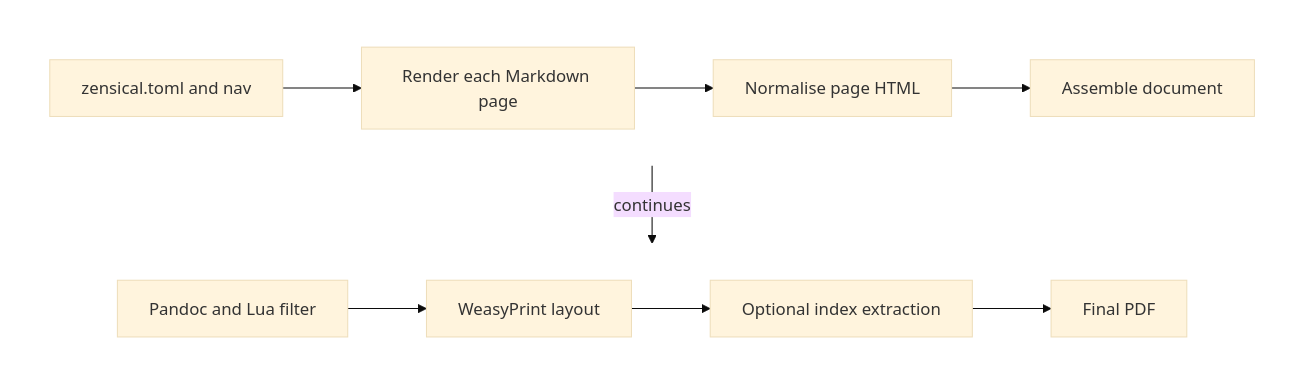
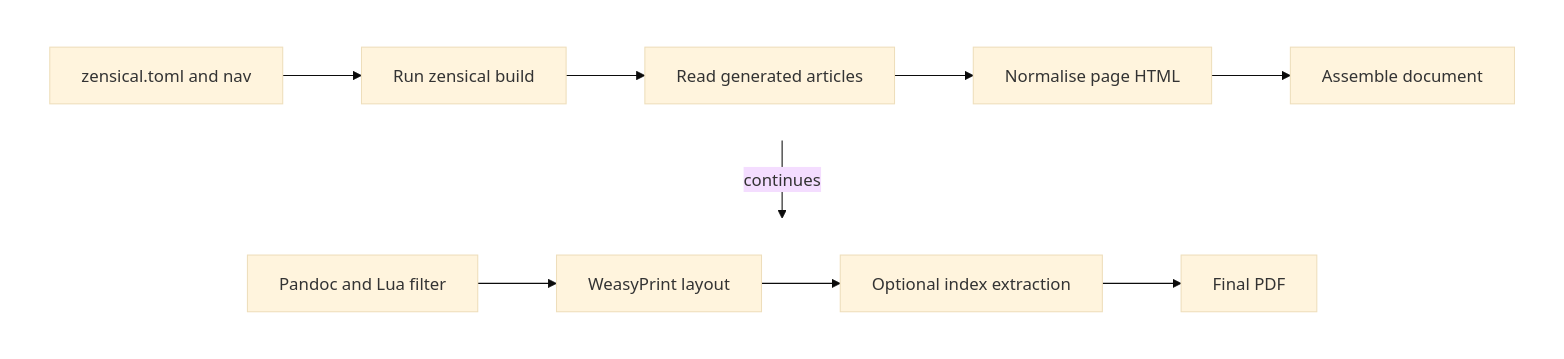
Before and after one commit to buckwem/prodockit-extensions: the diagram in docs/devcons/pdf-internals.md, drawn with Mermaid (base theme). The commit also changed other lines of this file and 80 other files, not shown here.

````diff
--- a/docs/devcons/pdf-internals.md
+++ b/docs/devcons/pdf-internals.md
@@ -12,21 +14,22 @@
 ```mermaid
 flowchart TB
     subgraph row1[" "]
         direction LR
-        config[zensical.toml and nav] --> render[Render each Markdown page]
-        render --> fixup[Normalise page HTML]
+        config[zensical.toml and nav] --> render[Run zensical build]
+        render --> extract[Read generated articles]
+        extract --> fixup[Normalise page HTML]
         fixup --> assemble[Assemble document]
     end
 
     subgraph row2[" "]
         direction LR
         pandoc[Pandoc and Lua filter] --> weasy[WeasyPrint layout]
         weasy --> index[Optional index extraction]
         index --> final[Final PDF]
     end
 
     row1 -->|continues| row2
 
     style row1 fill:none,stroke:none
     style row2 fill:none,stroke:none
 ```
````
